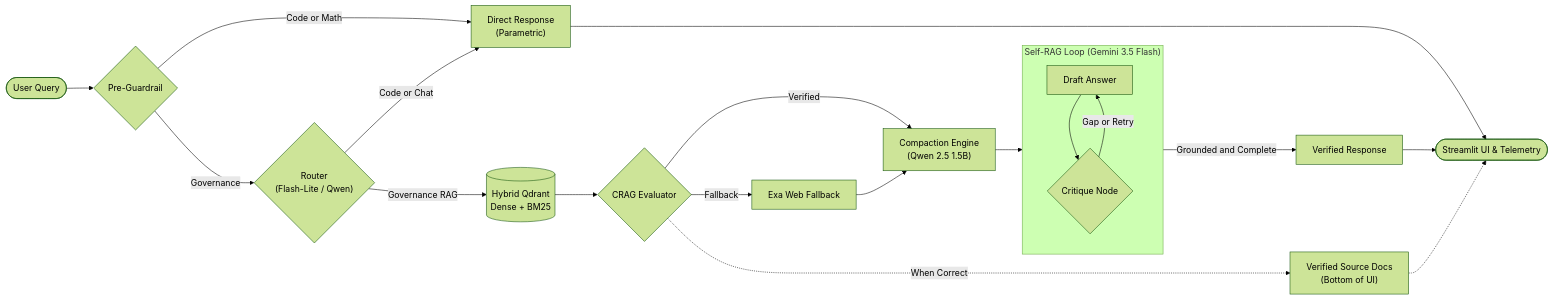
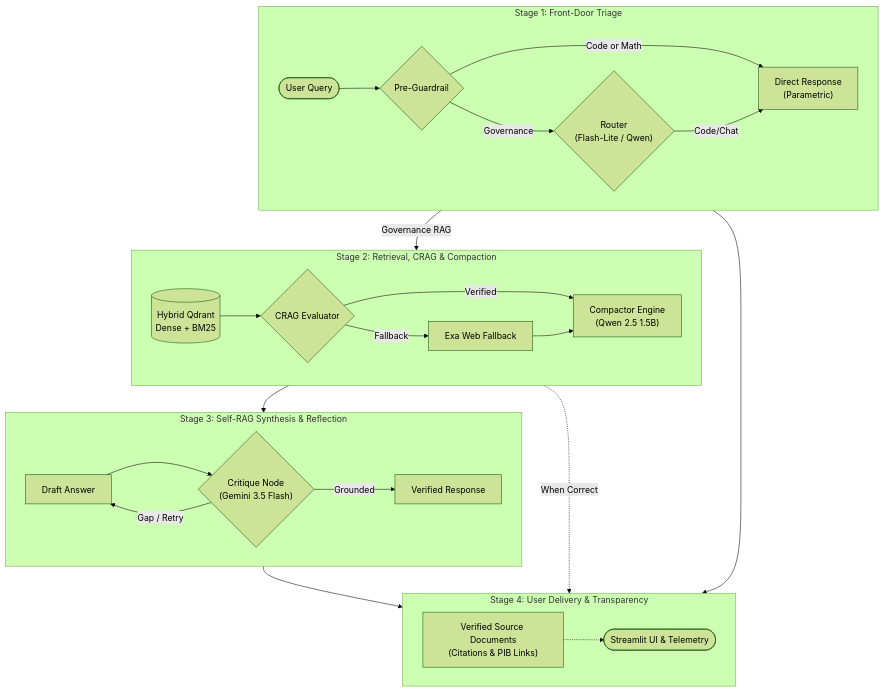
One commit to jusspatel/press-release-rag changed the diagram in README.md. Above: the diagram before and after it, drawn with Mermaid (forest theme).

````diff
--- a/README.md
+++ b/README.md
@@ -11,29 +11,36 @@
 ```mermaid
-flowchart LR
-    Query(["User Query"]) --> PreGuard{"Pre-Guardrail"}
-    
-    PreGuard -->|Code or Math| Direct["Direct Response<br/>(Parametric)"]
-    PreGuard -->|Governance| Router{"Router<br/>(Flash-Lite / Qwen)"}
-    
-    Router -->|Code or Chat| Direct
-    Router -->|Governance RAG| Retriever[("Hybrid Qdrant<br/>Dense + BM25")]
-    
-    Retriever --> CRAG{"CRAG Evaluator"}
-    CRAG -->|Verified| Compactor["Compaction Engine<br/>(Qwen 2.5 1.5B)"]
-    CRAG -->|Fallback| Exa["Exa Web Fallback"]
-    Exa --> Compactor
-    
-    subgraph SelfRAG ["Self-RAG Loop (Gemini 3.5 Flash)"]
-        direction TB
-        Draft["Draft Answer"] --> Critique{"Critique Node"}
-        Critique -->|Gap or Retry| Draft
+flowchart TD
+    subgraph S1 ["Stage 1: Front-Door Triage"]
+        direction LR
+        Query(["User Query"]) --> PreGuard{"Pre-Guardrail"}
+        PreGuard -->|Code or Math| Direct["Direct Response<br/>(Parametric)"]
+        PreGuard -->|Governance| Router{"Router<br/>(Flash-Lite / Qwen)"}
+        Router -->|Code/Chat| Direct
     end
-    
+
+    subgraph S2 ["Stage 2: Retrieval, CRAG & Compaction"]
+        direction LR
+        Retriever[("Hybrid Qdrant<br/>Dense + BM25")] --> CRAG{"CRAG Evaluator"}
+        CRAG -->|Verified| Compactor["Compactor Engine<br/>(Qwen 2.5 1.5B)"]
+        CRAG -->|Fallback| Exa["Exa Web Fallback"]
+        Exa --> Compactor
+    end
+
+    subgraph S3 ["Stage 3: Self-RAG Synthesis & Reflection"]
+        direction LR
+        Draft["Draft Answer"] --> Critique{"Critique Node<br/>(Gemini 3.5 Flash)"}
+        Critique -->|Gap / Retry| Draft
+        Critique -->|Grounded| Final["Verified Response"]
+    end
+
+    subgraph S4 ["Stage 4: User Delivery & Transparency"]
+        direction LR
+        Direct --> UI(["Streamlit UI & Telemetry"])
+        Final --> UI
+        CRAG -.->|When Correct| Docs["Verified Source Documents<br/>(Citations & PIB Links)"]
+        Docs -.-> UI
+    end
+
+    Router -->|Governance RAG| Retriever
     Compactor --> Draft
-    Critique -->|Grounded and Complete| Final["Verified Response"]
-    
-    Direct --> UI(["Streamlit UI & Telemetry"])
-    Final --> UI
-    CRAG -.->|When Correct| VerifiedDocs["Verified Source Docs<br/>(Bottom of UI)"]
-    VerifiedDocs -.-> UI
 ```
````
